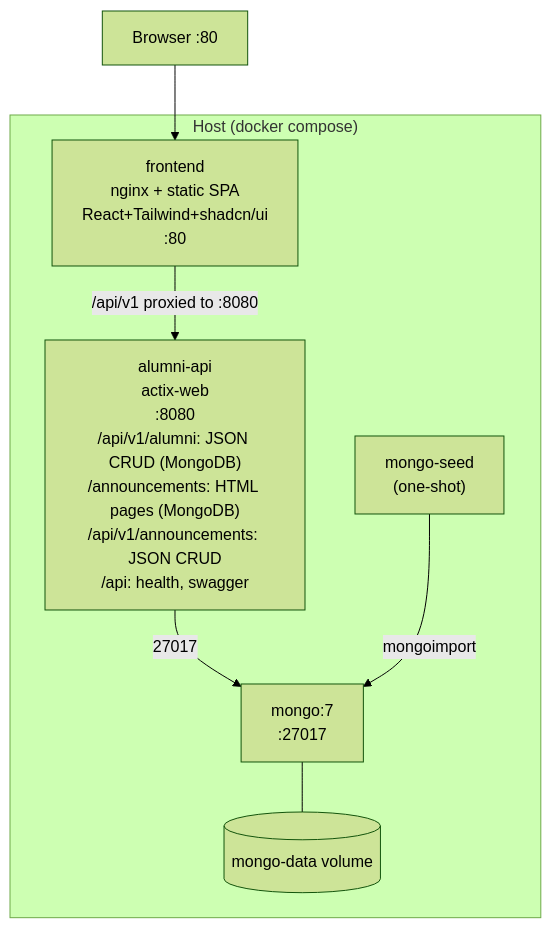
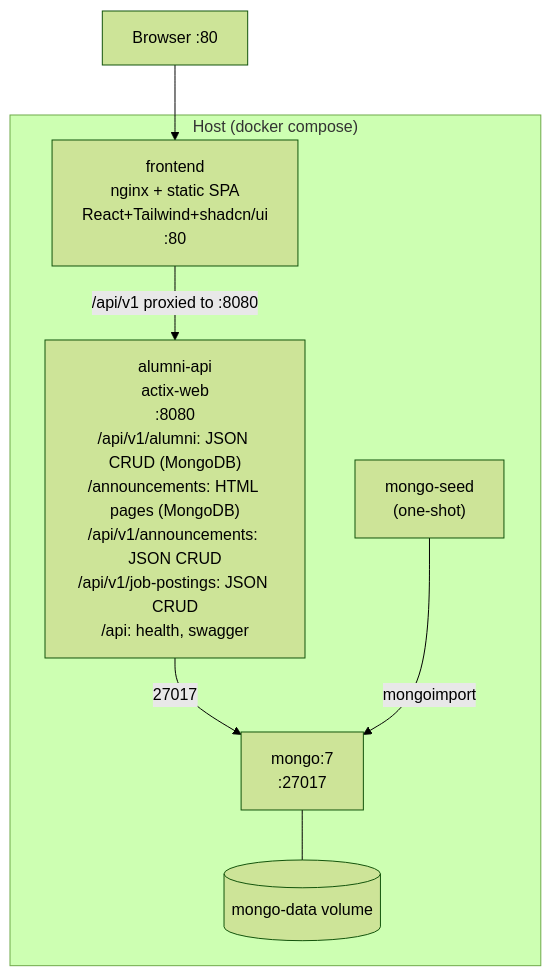
One commit to Berbadov/alumni changed the diagram in docs/architecture/container.mmd. Above: the diagram before and after it, drawn with Mermaid (forest theme). The commit also changed 14 other files, not shown here.

First line of the commit message:
feat: add job postings schema, migration, and JSON CRUD

```diff
--- a/docs/architecture/container.mmd
+++ b/docs/architecture/container.mmd
@@ -1,15 +1,15 @@
 %% Docker compose containers, ports and volumes
 flowchart TB
     subgraph Host["Host (docker compose)"]
         FE["frontend\nnginx + static SPA\nReact+Tailwind+shadcn/ui\n:80"]
-        API["alumni-api\nactix-web\n:8080\n/api/v1/alumni: JSON CRUD (MongoDB)\n/announcements: HTML pages (MongoDB)\n/api/v1/announcements: JSON CRUD\n/api: health, swagger"]
+        API["alumni-api\nactix-web\n:8080\n/api/v1/alumni: JSON CRUD (MongoDB)\n/announcements: HTML pages (MongoDB)\n/api/v1/announcements: JSON CRUD\n/api/v1/job-postings: JSON CRUD\n/api: health, swagger"]
         Seed["mongo-seed\n(one-shot)"]
         DB["mongo:7\n:27017"]
         Vol[("mongo-data volume")]
     end
 
     Browser["Browser :80"] --> FE
     FE -->|"/api/v1 proxied to :8080"| API
     API -->|27017| DB
     Seed -->|mongoimport| DB
     DB --- Vol
```
